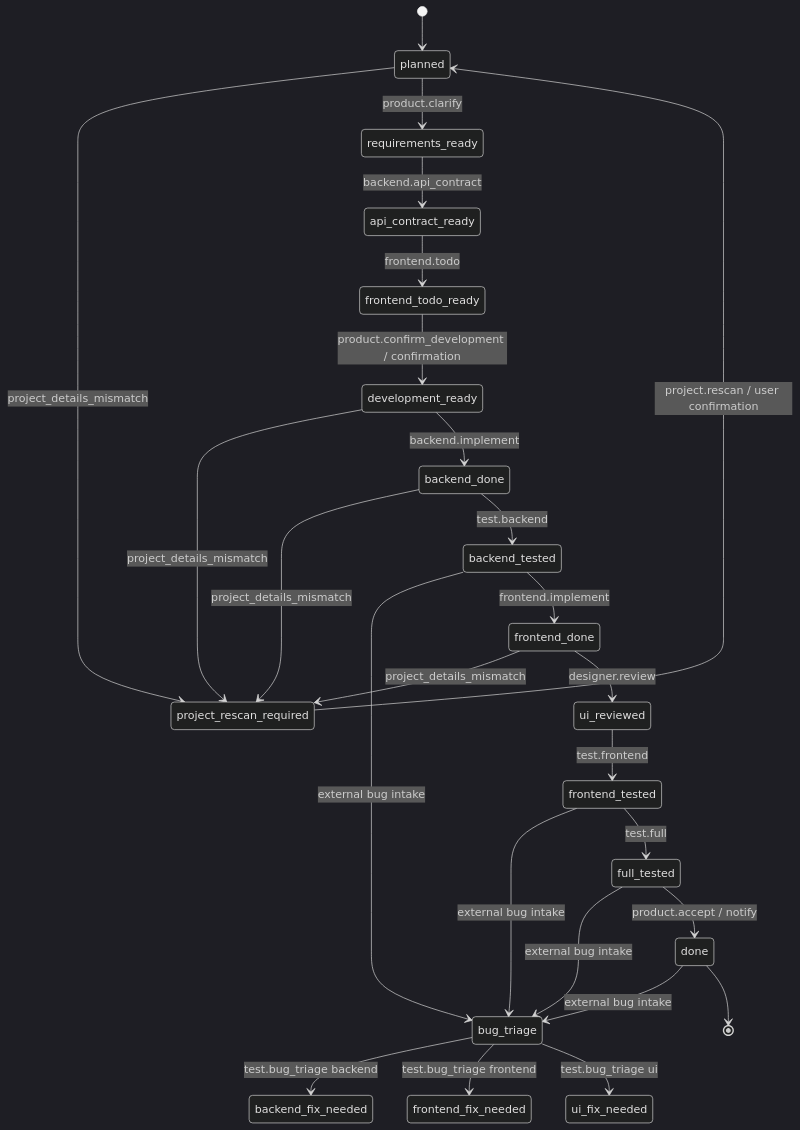
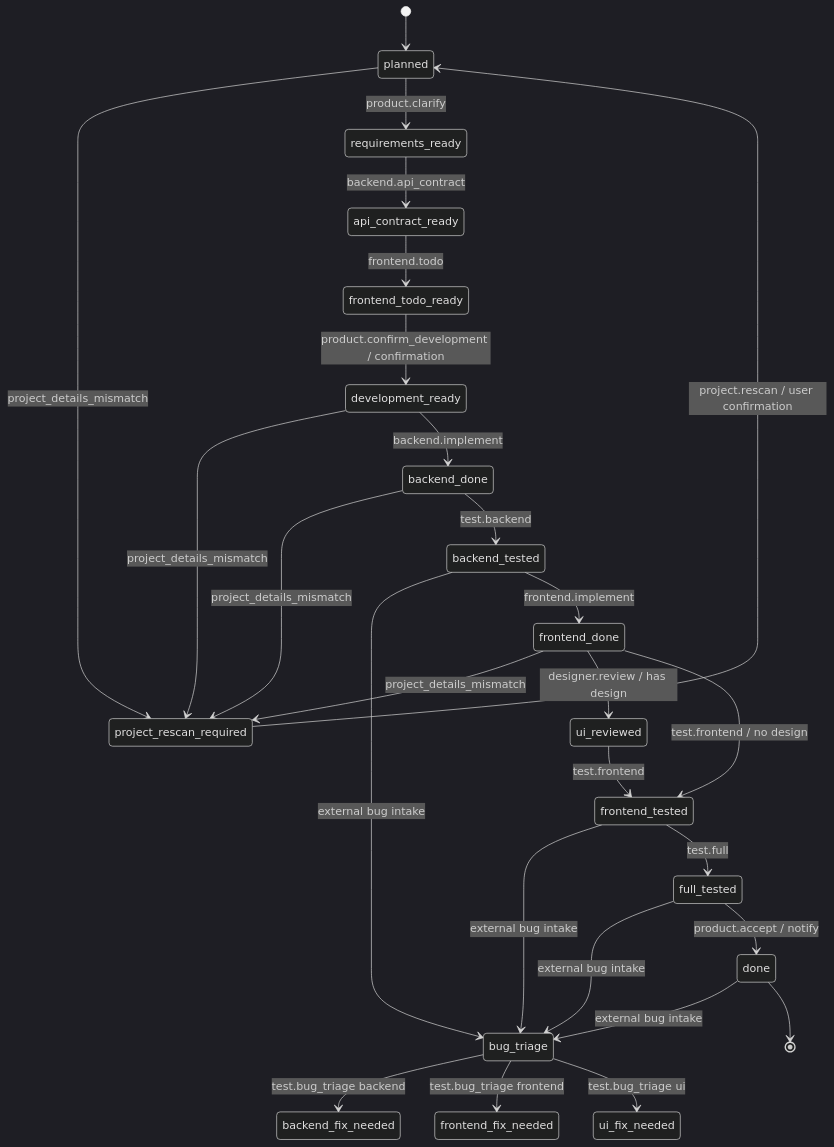
Before and after one commit to Jasmine-dong/skill_flow: the fourth of 6 diagrams in docs/ARCHITECTURE.md, drawn with Mermaid (dark theme). The commit also changed other lines of this file and 9 other files, not shown here.

````diff
--- a/docs/ARCHITECTURE.md
+++ b/docs/ARCHITECTURE.md
@@ -128,28 +128,29 @@
 ```mermaid
 stateDiagram-v2
   [*] --> planned
   planned --> project_rescan_required: project_details_mismatch
   development_ready --> project_rescan_required: project_details_mismatch
   backend_done --> project_rescan_required: project_details_mismatch
   frontend_done --> project_rescan_required: project_details_mismatch
   project_rescan_required --> planned: project.rescan / user confirmation
   planned --> requirements_ready: product.clarify
   done --> bug_triage: external bug intake
   full_tested --> bug_triage: external bug intake
   backend_tested --> bug_triage: external bug intake
   frontend_tested --> bug_triage: external bug intake
   bug_triage --> backend_fix_needed: test.bug_triage backend
   bug_triage --> frontend_fix_needed: test.bug_triage frontend
   bug_triage --> ui_fix_needed: test.bug_triage ui
   requirements_ready --> api_contract_ready: backend.api_contract
   api_contract_ready --> frontend_todo_ready: frontend.todo
   frontend_todo_ready --> development_ready: product.confirm_development / confirmation
   development_ready --> backend_done: backend.implement
   backend_done --> backend_tested: test.backend
   backend_tested --> frontend_done: frontend.implement
-  frontend_done --> ui_reviewed: designer.review
+  frontend_done --> ui_reviewed: designer.review / has design
+  frontend_done --> frontend_tested: test.frontend / no design
   ui_reviewed --> frontend_tested: test.frontend
   frontend_tested --> full_tested: test.full
   full_tested --> done: product.accept / notify
   done --> [*]
 ```
````
